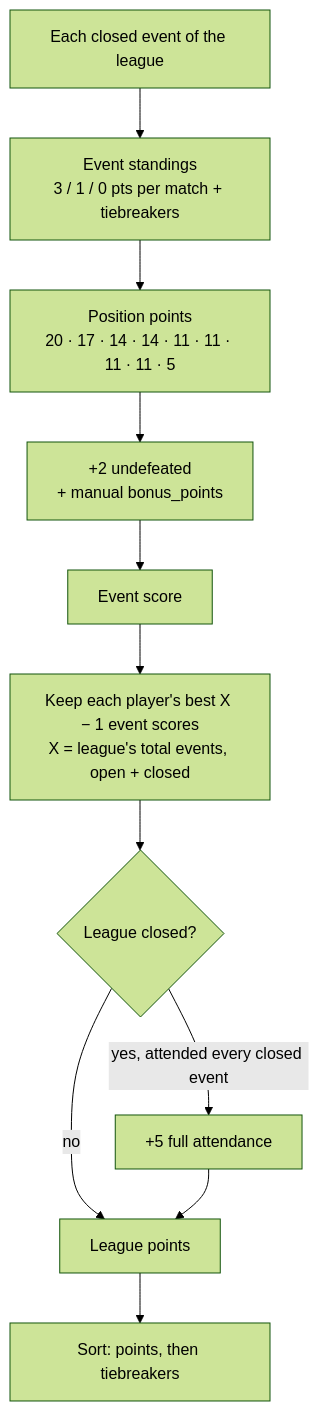
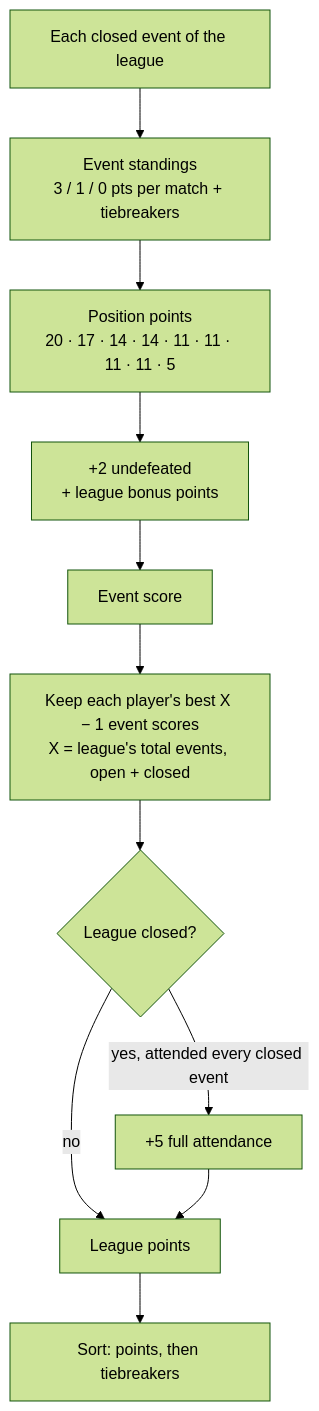
Before and after one commit to duelcommanderpiacenza/duelcommanderpiacenza.github.io: the diagram in LEAGUE_RULES.md, drawn with Mermaid (forest theme). The commit also changed other lines of this file and 6 other files, not shown here.

Commit message:
bonus points moved to event leaderboard

````diff
--- a/LEAGUE_RULES.md
+++ b/LEAGUE_RULES.md
@@ -16,13 +16,13 @@
 ```mermaid
 flowchart TD
     A[Each closed event of the league] --> B[Event standings<br/>3 / 1 / 0 pts per match + tiebreakers]
     B --> C[Position points<br/>20 · 17 · 14 · 14 · 11 · 11 · 11 · 11 · 5]
-    C --> D[+2 undefeated<br/>+ manual bonus_points]
+    C --> D[+2 undefeated<br/>+ league bonus points]
     D --> E[Event score]
     E --> F[Keep each player's best X − 1 event scores<br/>X = league's total events, open + closed]
     F --> G{League closed?}
     G -- yes, attended every closed event --> H[+5 full attendance]
     G -- no --> I[League points]
     H --> I
     I --> J[Sort: points, then tiebreakers]
 ```
````
